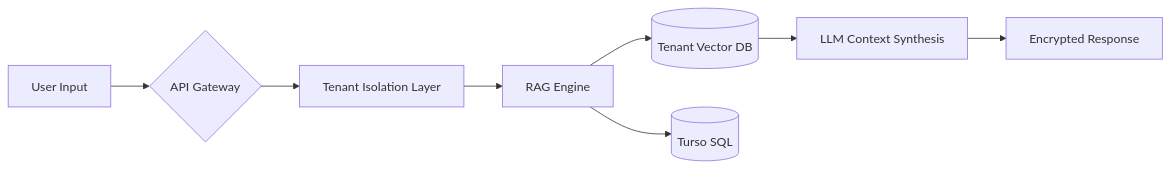
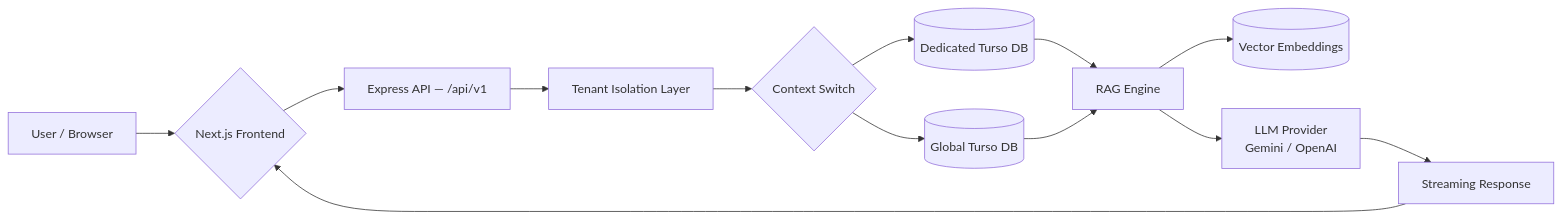
The diagram in README.md (P20000/Relmonition), drawn with Mermaid before and after one commit. The commit also changed other lines of this file and 52 other files, not shown here.

Commit message:
feat(security): implement multi-tenant isolation, IDOR/BOLA mitigations, request validation, and production CI/CD alignment

````diff
--- a/README.md
+++ b/README.md
@@ -27,10 +38,15 @@
 ```mermaid
 graph LR
-    A[User Input] --> B{API Gateway}
-    B --> C[Tenant Isolation Layer]
-    C --> D[RAG Engine]
-    D --> E[(Tenant Vector DB)]
-    D --> F[(Turso SQL)]
-    E --> G[LLM Context Synthesis]
-    G --> H[Encrypted Response]
+    A[User / Browser] --> B{Next.js Frontend}
+    B --> C[Express API — /api/v1]
+    C --> D[Tenant Isolation Layer]
+    D --> E{Context Switch}
+    E --> F[(Dedicated Turso DB)]
+    E --> G[(Global Turso DB)]
+    F --> H[RAG Engine]
+    G --> H
+    H --> I[(Vector Embeddings)]
+    H --> J[LLM Provider\nGemini / OpenAI]
+    J --> K[Streaming Response]
+    K --> B
 ```
````
